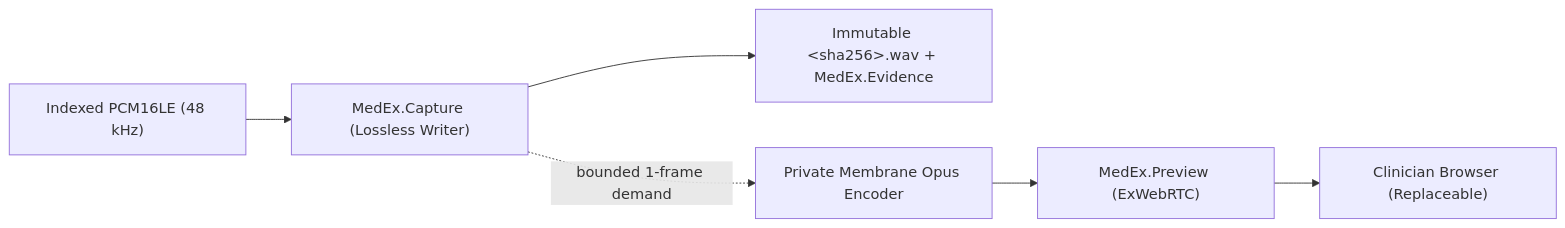
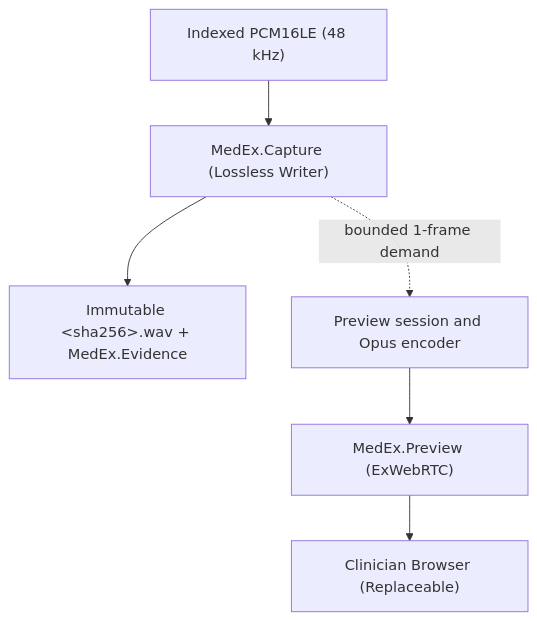
The diagram in guides/architecture_and_roadmap.md (nshkrdotcom/med_ex), drawn with Mermaid before and after one commit. The commit also changed other lines of this file and 28 other files, not shown here.

````diff
--- a/guides/architecture_and_roadmap.md
+++ b/guides/architecture_and_roadmap.md
@@ -24,8 +25,8 @@
 ```mermaid
-flowchart LR
+flowchart TD
   PCM["Indexed PCM16LE (48 kHz)"] --> Capture["MedEx.Capture (Lossless Writer)"]
   Capture --> WAV["Immutable &lt;sha256&gt;.wav + MedEx.Evidence"]
-  Capture -. "bounded 1-frame demand" .-> Encoder["Private Membrane Opus Encoder"]
+  Capture -. "bounded 1-frame demand" .-> Encoder["Preview session and Opus encoder"]
   Encoder --> Peer["MedEx.Preview (ExWebRTC)"]
   Peer --> Listener["Clinician Browser (Replaceable)"]
 ```
````
